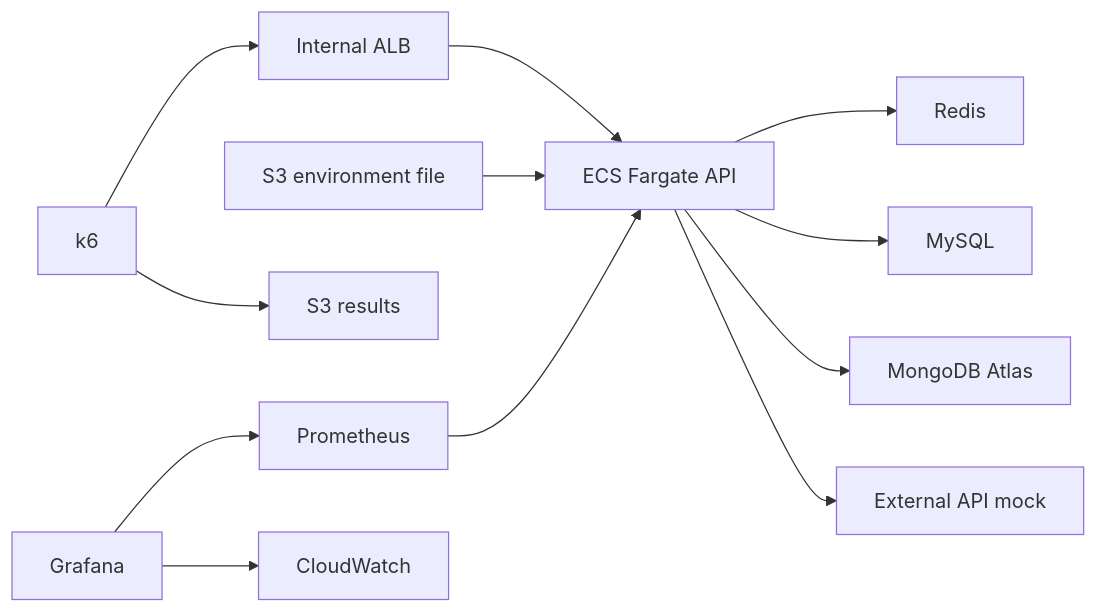
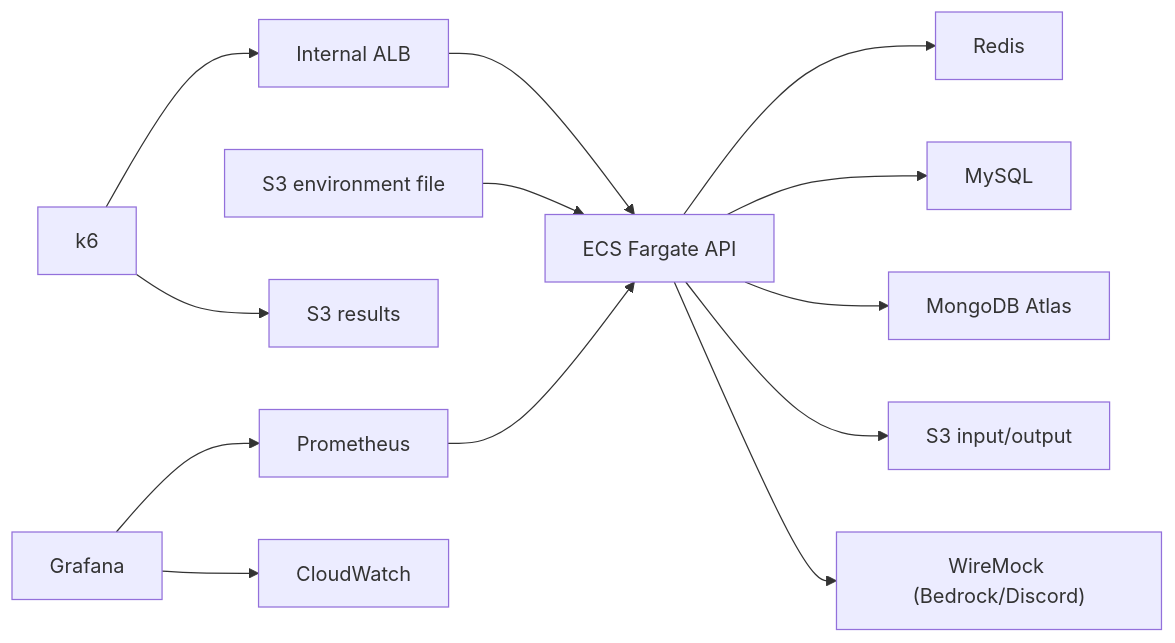
The diagram in docs/architecture/performance-test-infrastructure.md (SWM16-ASAP/back-server), drawn with Mermaid before and after one commit. The commit also changed other lines of this file and 39 other files, not shown here.

````diff
--- a/docs/architecture/performance-test-infrastructure.md
+++ b/docs/architecture/performance-test-infrastructure.md
@@ -7,15 +7,16 @@
 ```mermaid
 flowchart LR
     K6["k6"] --> ALB["Internal ALB"]
     ALB --> APP["ECS Fargate API"]
     APP --> REDIS["Redis"]
     APP --> MYSQL["MySQL"]
     APP --> ATLAS["MongoDB Atlas"]
-    APP --> MOCK["External API mock"]
+    APP --> S3AI["S3 input/output"]
+    APP --> MOCK["WireMock (Bedrock/Discord)"]
     ENV["S3 environment file"] --> APP
 
     PROM["Prometheus"] --> APP
     GRAFANA["Grafana"] --> PROM
     GRAFANA --> CLOUDWATCH["CloudWatch"]
     K6 --> S3["S3 results"]
 ```
````
